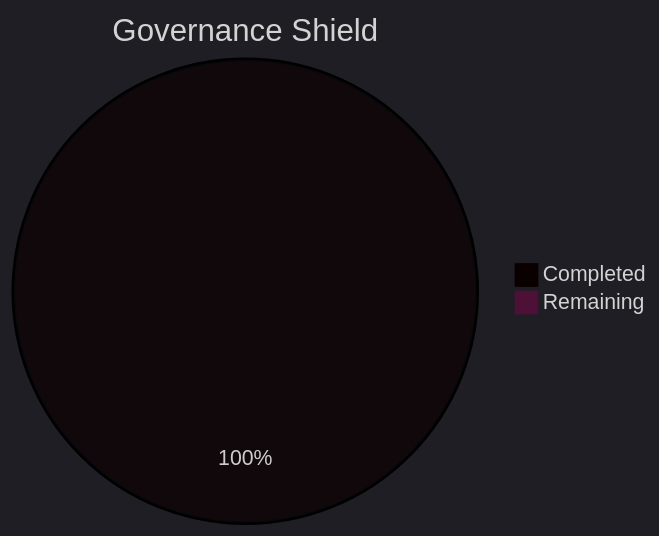
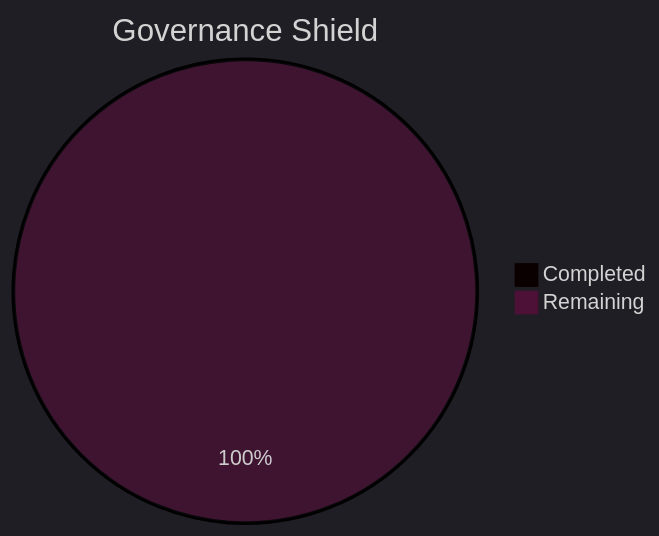
The fourth of 5 diagrams in tools/SK8Lytz_Bucket_List.md (Neogleamz/SK8Lytz), drawn with Mermaid before and after one commit. The commit also changed other lines of this file, not shown here.

````diff
--- a/tools/SK8Lytz_Bucket_List.md
+++ b/tools/SK8Lytz_Bucket_List.md
@@ -66,6 +64,6 @@
 ```mermaid
 %%{init: {'theme': 'dark'}}%%
 pie title Governance Shield
-  "Completed" : 4
-  "Remaining" : 0
+  "Completed" : 0
+  "Remaining" : 3
 ```
````
